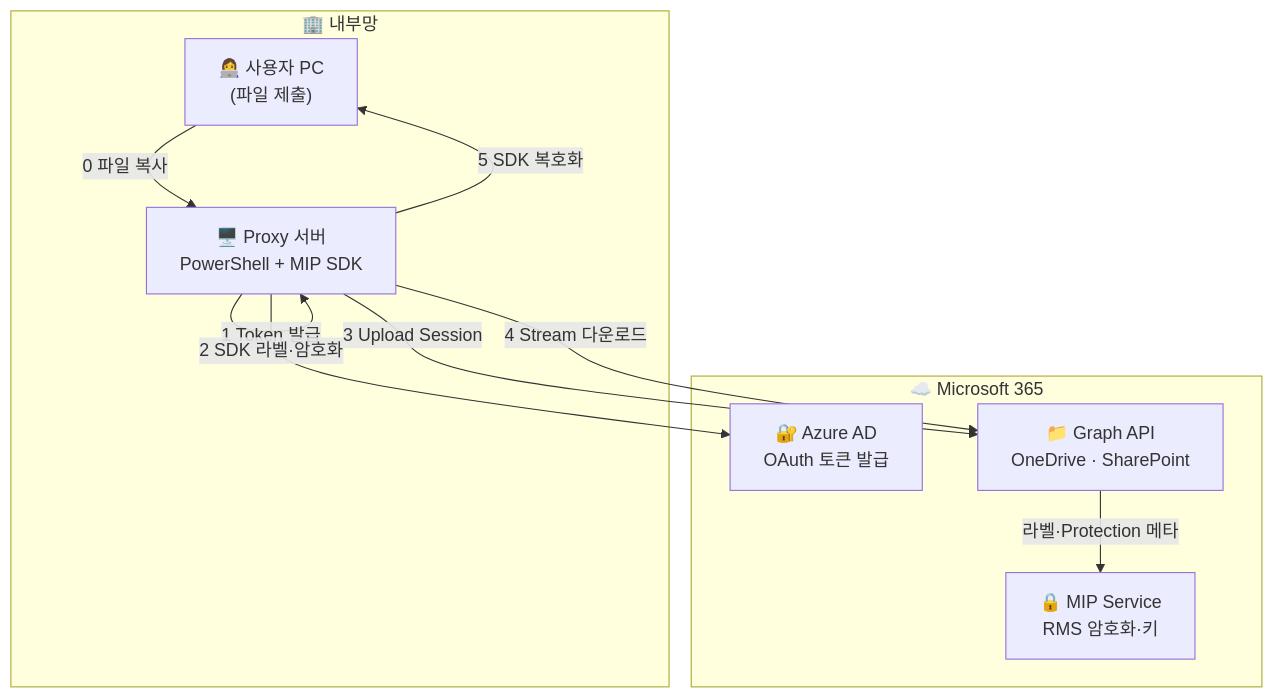
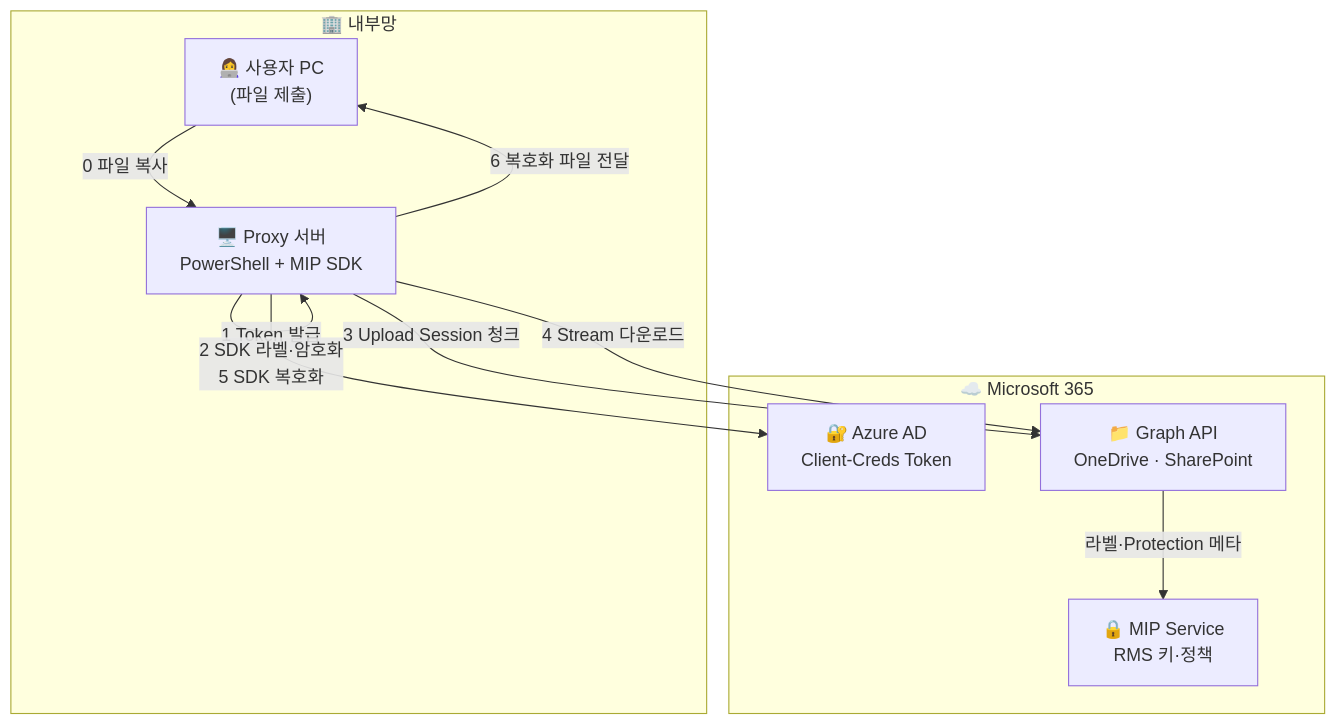
One commit to tanminkwan/um changed the first of 2 diagrams in README.md. Above: the diagram before and after it, drawn with Mermaid. The commit also changed other lines of this file, not shown here.

````diff
--- a/README.md
+++ b/README.md
@@ -49,24 +47,21 @@
 ```mermaid
 flowchart TB
-    %% ─────── 내부망
     subgraph LAN["🏢 내부망"]
         PC["👩‍💻 사용자 PC<br/>(파일 제출)"]
         PX["🖥️ Proxy 서버<br/>PowerShell + MIP SDK"]
     end
 
-    %% ─────── 클라우드
     subgraph Cloud["☁️ Microsoft 365"]
-        AAD["🔐 Azure AD<br/>OAuth 토큰 발급"]
+        AAD["🔐 Azure AD<br/>Client-Creds Token"]
         DRV["📁 Graph API<br/>OneDrive · SharePoint"]
-        MIPS["🔒 MIP Service<br/>RMS 암호화·키"]
+        MIPS["🔒 MIP Service<br/>RMS 키·정책"]
     end
 
-    %% ─────── 데이터 흐름
     PC  -->|"0 파일 복사"| PX
     PX  -->|"1 Token 발급"| AAD
-    PX  -->|"2 SDK 라벨·암호화"| PX
-    PX  -->|"3 Upload Session"| DRV
+    PX  -->|"2 SDK 라벨·암호화</br>5 SDK 복호화"| PX
+    PX  -->|"3 Upload Session 청크"| DRV
     PX  -->|"4 Stream 다운로드"| DRV
-    PX  -->|"5 SDK 복호화"| PC
+    PX  -->|"6 복호화 파일 전달"| PC
     DRV -->|"라벨·Protection 메타"| MIPS
 ```
````
